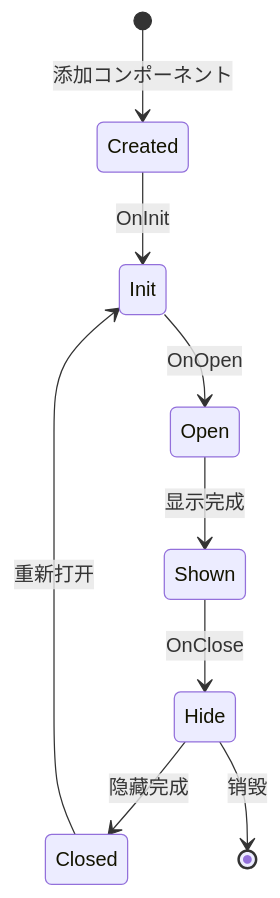
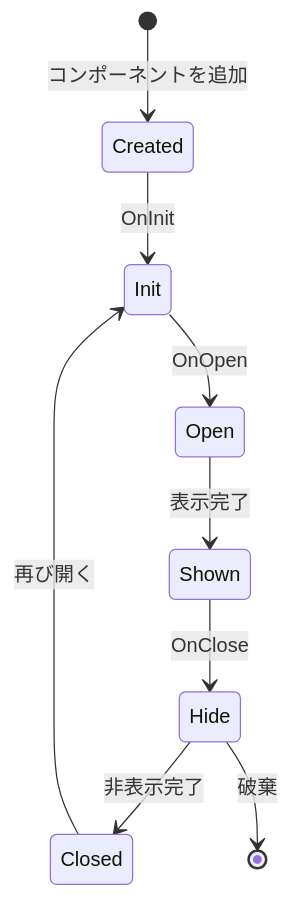
The second of 2 diagrams in docs/ja/client/unity/component/ui-ugui/06.ugui-base.md (AlianBlank/GameFrameX.Docs), drawn with Mermaid before and after one commit. The commit also changed other lines of this file and 320 other files, not shown here.

````diff
--- a/docs/ja/client/unity/component/ui-ugui/06.ugui-base.md
+++ b/docs/ja/client/unity/component/ui-ugui/06.ugui-base.md
@@ -75,11 +75,11 @@
 ```mermaid
 stateDiagram-v2
-    [*] --> Created: 添加コンポーネント
+    [*] --> Created: コンポーネントを追加
     Created --> Init: OnInit
     Init --> Open: OnOpen
-    Open --> Shown: 显示完成
+    Open --> Shown: 表示完了
     Shown --> Hide: OnClose
-    Hide --> Closed: 隐藏完成
-    Closed --> Init: 重新打开
-    Hide --> [*]: 销毁
+    Hide --> Closed: 非表示完了
+    Closed --> Init: 再び開く
+    Hide --> [*]: 破棄
 ```
````
